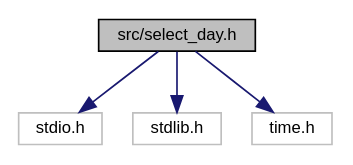
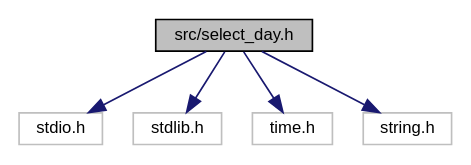
One commit to SebastienKovacs/tiny-todo changed the diagram in docs/rtf/select__day_8h__incl.dot. Above: the diagram before and after it, drawn with Graphviz. The commit also changed 93 other files, not shown here.

```diff
--- a/docs/rtf/select__day_8h__incl.dot
+++ b/docs/rtf/select__day_8h__incl.dot
@@ -1,12 +1,14 @@
 digraph "src/select_day.h"
 {
   edge [fontname="Helvetica",fontsize="10",labelfontname="Helvetica",labelfontsize="10"];
   node [fontname="Helvetica",fontsize="10",shape=record];
   Node0 [label="src/select_day.h",height=0.2,width=0.4,color="black", fillcolor="grey75", style="filled", fontcolor="black"];
   Node0 -> Node1 [color="midnightblue",fontsize="10",style="solid",fontname="Helvetica"];
   Node1 [label="stdio.h",height=0.2,width=0.4,color="grey75", fillcolor="white", style="filled"];
   Node0 -> Node2 [color="midnightblue",fontsize="10",style="solid",fontname="Helvetica"];
   Node2 [label="stdlib.h",height=0.2,width=0.4,color="grey75", fillcolor="white", style="filled"];
   Node0 -> Node3 [color="midnightblue",fontsize="10",style="solid",fontname="Helvetica"];
   Node3 [label="time.h",height=0.2,width=0.4,color="grey75", fillcolor="white", style="filled"];
+  Node0 -> Node4 [color="midnightblue",fontsize="10",style="solid",fontname="Helvetica"];
+  Node4 [label="string.h",height=0.2,width=0.4,color="grey75", fillcolor="white", style="filled"];
 }
```
